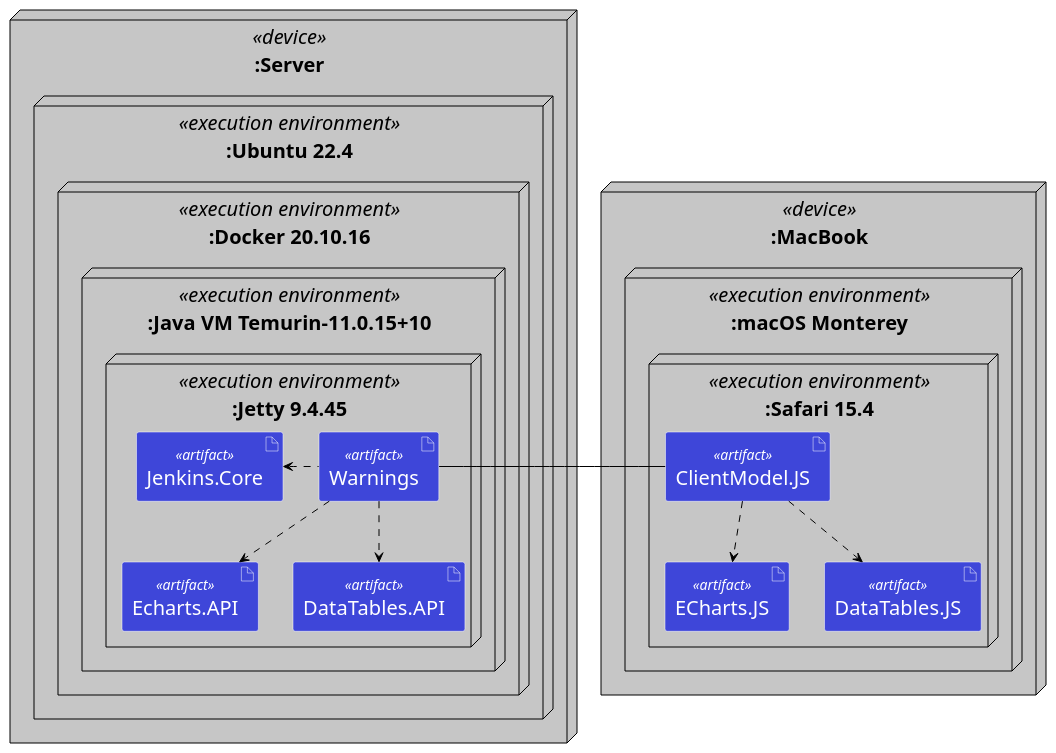
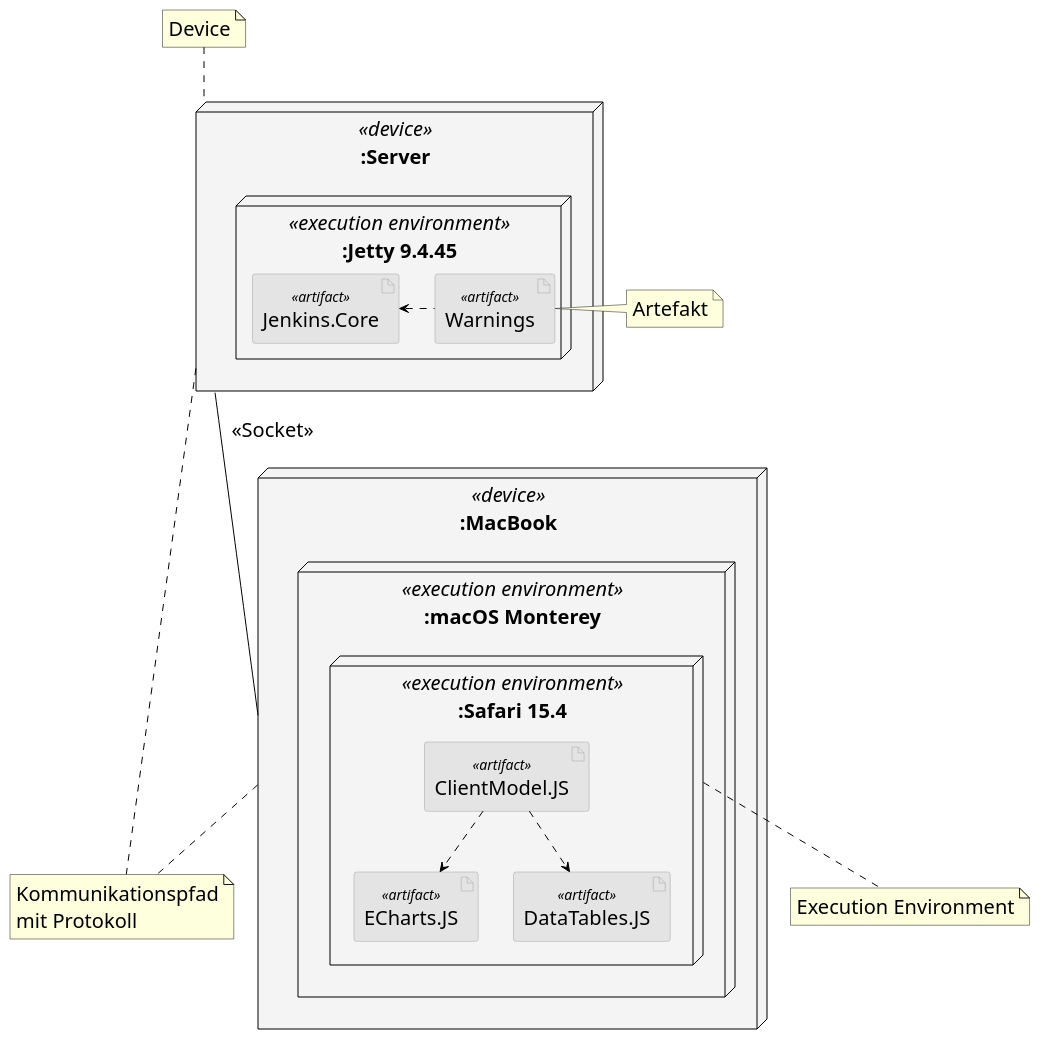
One commit to uhafner/codingstyle changed the diagram in doc/uml/deployment-diagram.puml. Above: the diagram before and after it, drawn with PlantUML. The commit also changed 4 other files, not shown here.

Commit message:
Improve coloring and added component overview diagram.

```diff
--- a/doc/uml/deployment-diagram.puml
+++ b/doc/uml/deployment-diagram.puml
@@ -1,63 +1,68 @@
 @startuml
 
 skinparam componentStyle uml2
 skinparam FontName Arial Black
 skinparam classFontName Arial
 skinparam classAttributeIconSize 0
 skinparam defaultFontSize 20
 skinparam classFontSize 24
 skinparam componentStyle uml2
 skinparam ArrowColor black
 
 skinparam node {
-  BackgroundColor #C6C6C6
+  BackgroundColor #f4f4f4
   BorderColor #a0a0a0
   BackgroundColor<<Main>> gold
   BorderColor black
 }
 
 skinparam artifact {
-  BackgroundColor #3E46D9
-  StereotypeFontColor #white
-  FontColor #white
+  BackgroundColor #e4e4e4
   BorderColor #a0a0a0
-  BackgroundColor<<Main>> gold
-  BorderColor #white
   ArrowColor black
   FontName  Arial Unicode MS
   FontSize 20
   StereotypeFontSize 14
 }
 
 
 node ":MacBook" <<device>> {
     node ":macOS Monterey" <<execution environment>>  {
         node ":Safari 15.4" <<execution environment>>  {
             artifact ECharts.JS <<artifact>> as EI
             artifact DataTables.JS <<artifact>> as DI
             artifact ClientModel.JS <<artifact>> as P
         }
     }
 }
 
+
 P ..> EI
 P ..> DI
 
 node ":Server" <<device>> {
-    node ":Ubuntu 22.4"  <<execution environment>>  {
-    node ":Docker 20.10.16"  <<execution environment>>  {
-    node ":Java VM Temurin-11.0.15+10"  <<execution environment>>  {
     node ":Jetty 9.4.45" <<execution environment>>  {
         artifact Warnings <<artifact>> as W
         artifact Jenkins.Core <<artifact>> as C
-        artifact Echarts.API <<artifact>> as E
-        artifact DataTables.API <<artifact>> as D
     }
 }
 
 C <. W
-W ..> E
-W ..> D
 
-W - P : \t\t\t
+":Server" -down- ":MacBook" : "  <<Socket>>"
+
+note "Artefakt" as artifact
+note "Kommunikationspfad\nmit Protokoll" as channel
+note "Device" as device
+note "Execution Environment" as env
+
+":Server" .up. device
+":Safari 15.4" .down. env
+
+":Server" .. channel
+":MacBook" .. channel
+
+W .right. artifact
+
+
 @enduml
```
